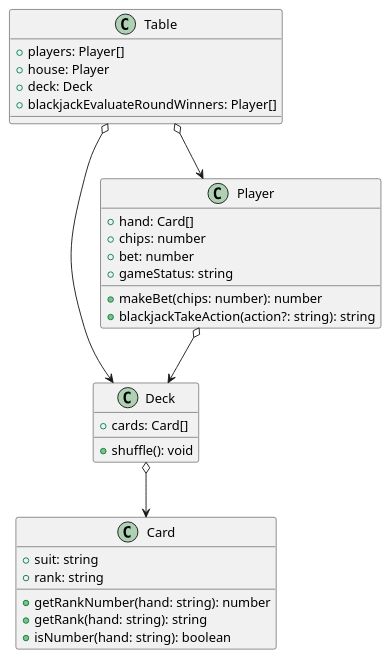
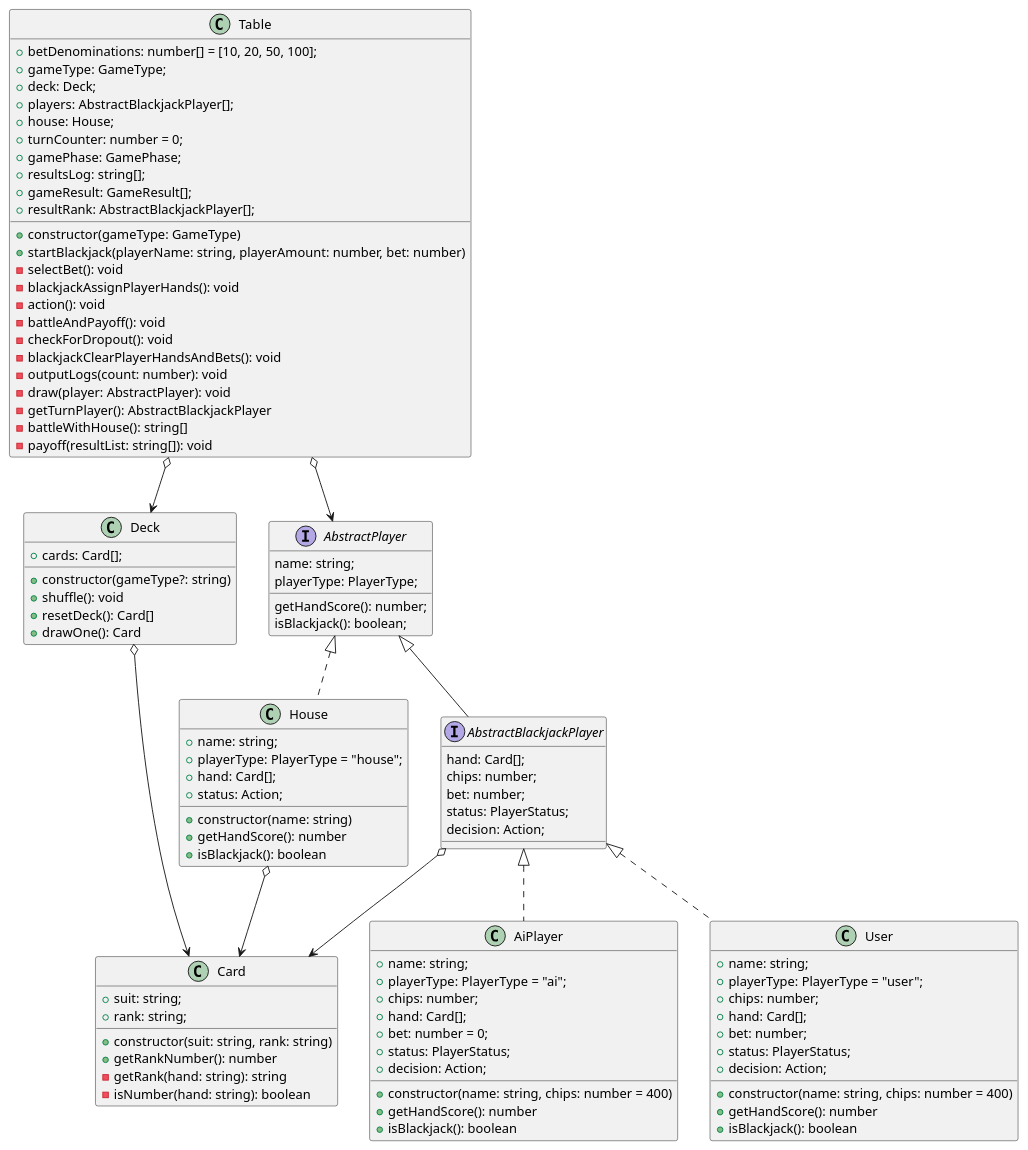
Before and after one commit to hiro-minami/blackjack: the diagram in blueprint/models.pu, drawn with PlantUML. The commit also changed 2 other files, not shown here.

```diff
--- a/blueprint/models.pu
+++ b/blueprint/models.pu
@@ -1,35 +1,101 @@
 @startuml Blackjack
 class Card {
-    + suit: string
-    + rank: string
-    + getRankNumber(hand: string): number
-    + getRank(hand: string): string
-    + isNumber(hand: string): boolean
+    + suit: string;
+    + rank: string;
+    + constructor(suit: string, rank: string) 
+    + getRankNumber(): number 
+    - getRank(hand: string): string 
+    - isNumber(hand: string): boolean 
 }
 
 class Deck {
-    + cards: Card[]
+    + cards: Card[];
+    + constructor(gameType?: string)
     + shuffle(): void
+    + resetDeck(): Card[]
+    + drawOne(): Card
 }
 
-class Player {
-    + hand: Card[]
-    + chips: number
-    + bet: number
-    + gameStatus: string
-    + makeBet(chips: number): number
-    + blackjackTakeAction(action?: string): string
+interface AbstractPlayer {
+    name: string;
+    playerType: PlayerType;
+    getHandScore(): number;
+    isBlackjack(): boolean;
+}
+
+interface AbstractBlackjackPlayer extends AbstractPlayer {
+    hand: Card[];
+    chips: number;
+    bet: number;
+    status: PlayerStatus;
+    decision: Action;
+}
+
+class House implements AbstractPlayer {
+    + name: string;
+    + playerType: PlayerType = "house";
+    + hand: Card[];
+    + status: Action;
+    + constructor(name: string)
+    + getHandScore(): number
+    + isBlackjack(): boolean
+}
+
+class AiPlayer implements AbstractBlackjackPlayer {
+    + name: string;
+    + playerType: PlayerType = "ai";
+    + chips: number;
+    + hand: Card[];
+    + bet: number = 0;
+    + status: PlayerStatus;
+    + decision: Action;
+    + constructor(name: string, chips: number = 400)
+    + getHandScore(): number
+    + isBlackjack(): boolean
+}
+
+class User implements AbstractBlackjackPlayer {
+    + name: string;
+    + playerType: PlayerType = "user";
+    + chips: number;
+    + hand: Card[];
+    + bet: number;
+    + status: PlayerStatus;
+    + decision: Action;
+    + constructor(name: string, chips: number = 400)
+    + getHandScore(): number
+    + isBlackjack(): boolean
 }
 
 class Table {
-    + players: Player[]
-    + house: Player
-    + deck: Deck
-    + blackjackEvaluateRoundWinners: Player[]
+    + betDenominations: number[] = [10, 20, 50, 100];
+    + gameType: GameType;
+    + deck: Deck;
+    + players: AbstractBlackjackPlayer[];
+    + house: House;
+    + turnCounter: number = 0;
+    + gamePhase: GamePhase;
+    + resultsLog: string[];
+    + gameResult: GameResult[];
+    + resultRank: AbstractBlackjackPlayer[];
+    + constructor(gameType: GameType)
+    + startBlackjack(playerName: string, playerAmount: number, bet: number)
+    - selectBet(): void
+    - blackjackAssignPlayerHands(): void
+    - action(): void
+    - battleAndPayoff(): void
+    - checkForDropout(): void
+    - blackjackClearPlayerHandsAndBets(): void
+    - outputLogs(count: number): void
+    - draw(player: AbstractPlayer): void
+    - getTurnPlayer(): AbstractBlackjackPlayer
+    - battleWithHouse(): string[]
+    - payoff(resultList: string[]): void
 }
 
 Deck o--> Card
-Player o--> Deck
-Table o-->Player
+Table o-->AbstractPlayer
 Table o--> Deck
+AbstractBlackjackPlayer o--> Card
+House o--> Card
 @enduml
```
